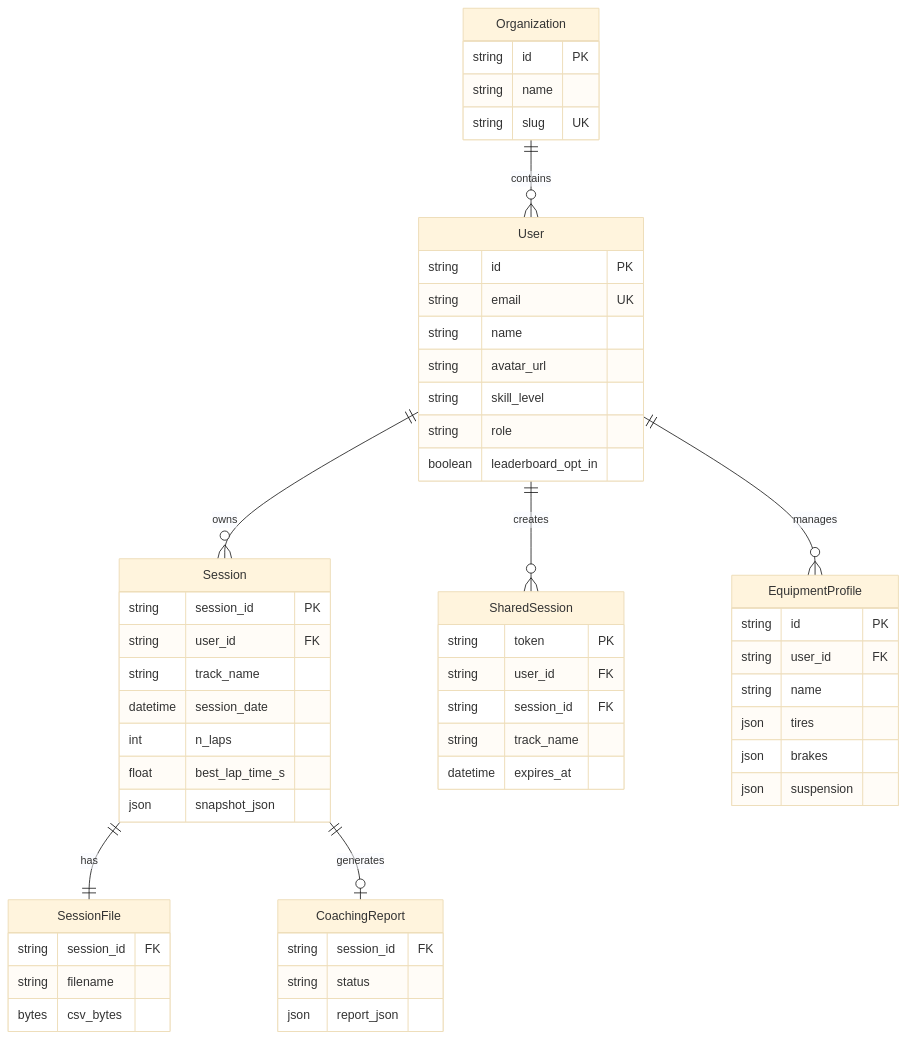
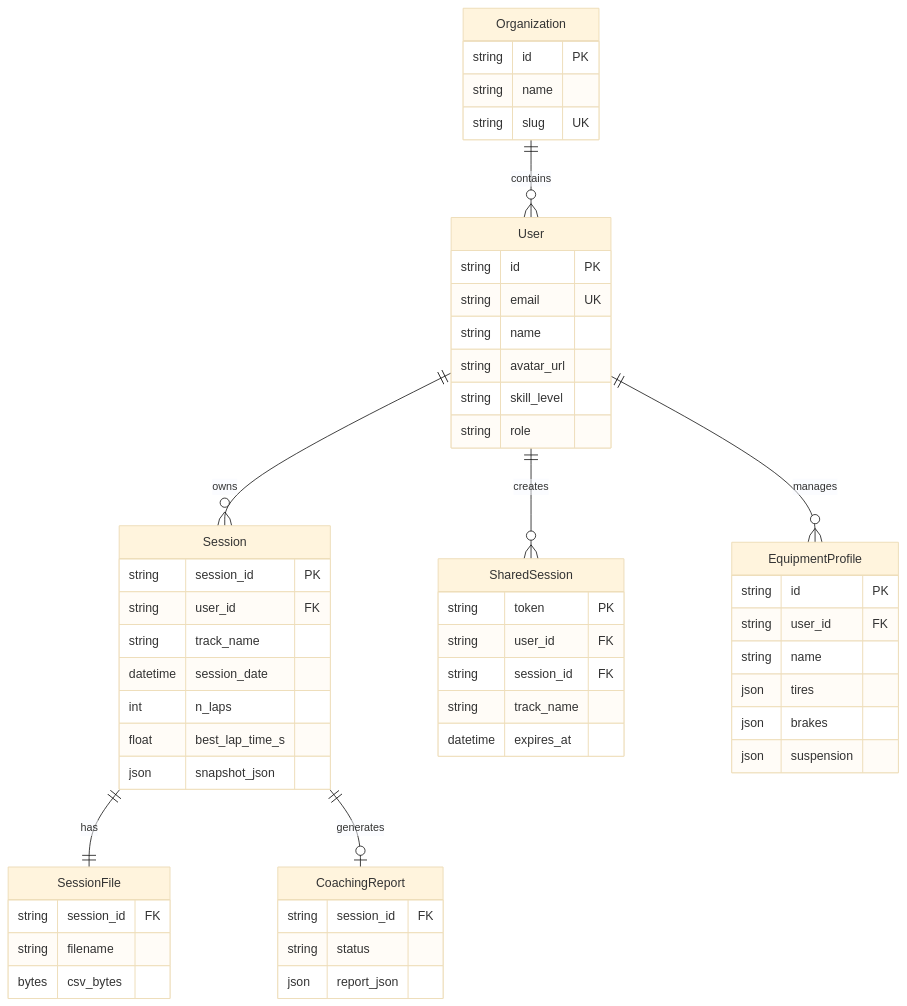
One commit to slazien/cataclysm changed the seventh of 7 diagrams in docs/architecture.md. Above: the diagram before and after it, drawn with Mermaid (base theme). The commit also changed 18 other files, not shown here.

````diff
--- a/docs/architecture.md
+++ b/docs/architecture.md
@@ -282,64 +282,63 @@
 ```mermaid
 erDiagram
     User {
         string id PK
         string email UK
         string name
         string avatar_url
         string skill_level
         string role
-        boolean leaderboard_opt_in
     }
 
     Session {
         string session_id PK
         string user_id FK
         string track_name
         datetime session_date
         int n_laps
         float best_lap_time_s
         json snapshot_json
     }
 
     SessionFile {
         string session_id FK
         string filename
         bytes csv_bytes
     }
 
     CoachingReport {
         string session_id FK
         string status
         json report_json
     }
 
     SharedSession {
         string token PK
         string user_id FK
         string session_id FK
         string track_name
         datetime expires_at
     }
 
     EquipmentProfile {
         string id PK
         string user_id FK
         string name
         json tires
         json brakes
         json suspension
     }
 
     Organization {
         string id PK
         string name
         string slug UK
     }
 
     User ||--o{ Session : owns
     Session ||--|| SessionFile : has
     Session ||--o| CoachingReport : generates
     User ||--o{ SharedSession : creates
     User ||--o{ EquipmentProfile : manages
     Organization ||--o{ User : contains
 ```
````
